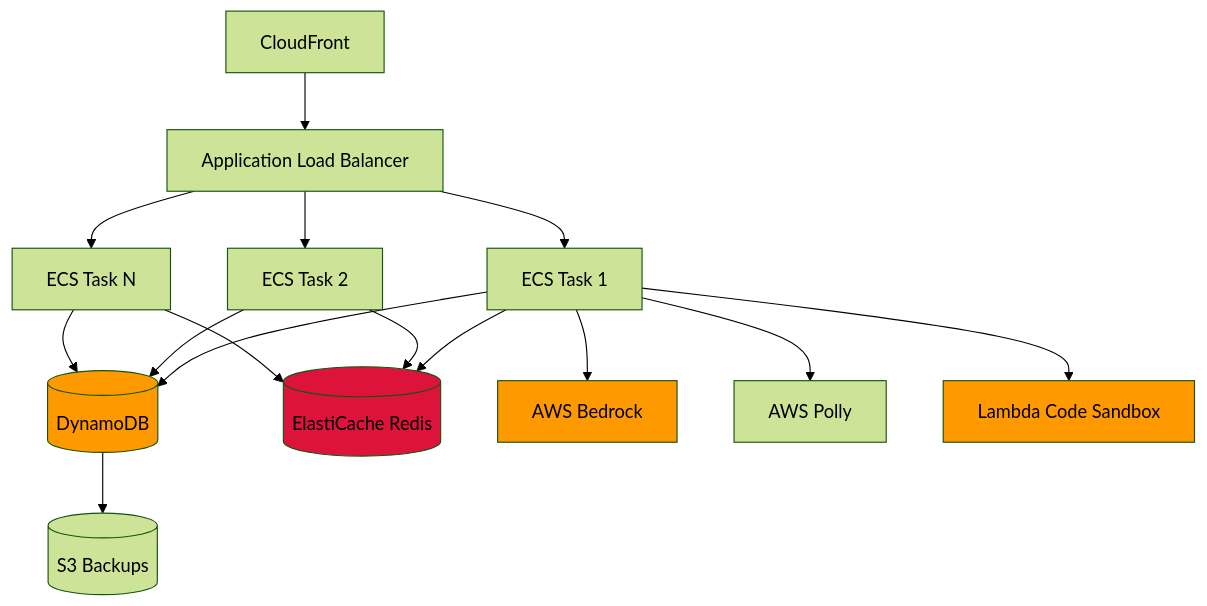
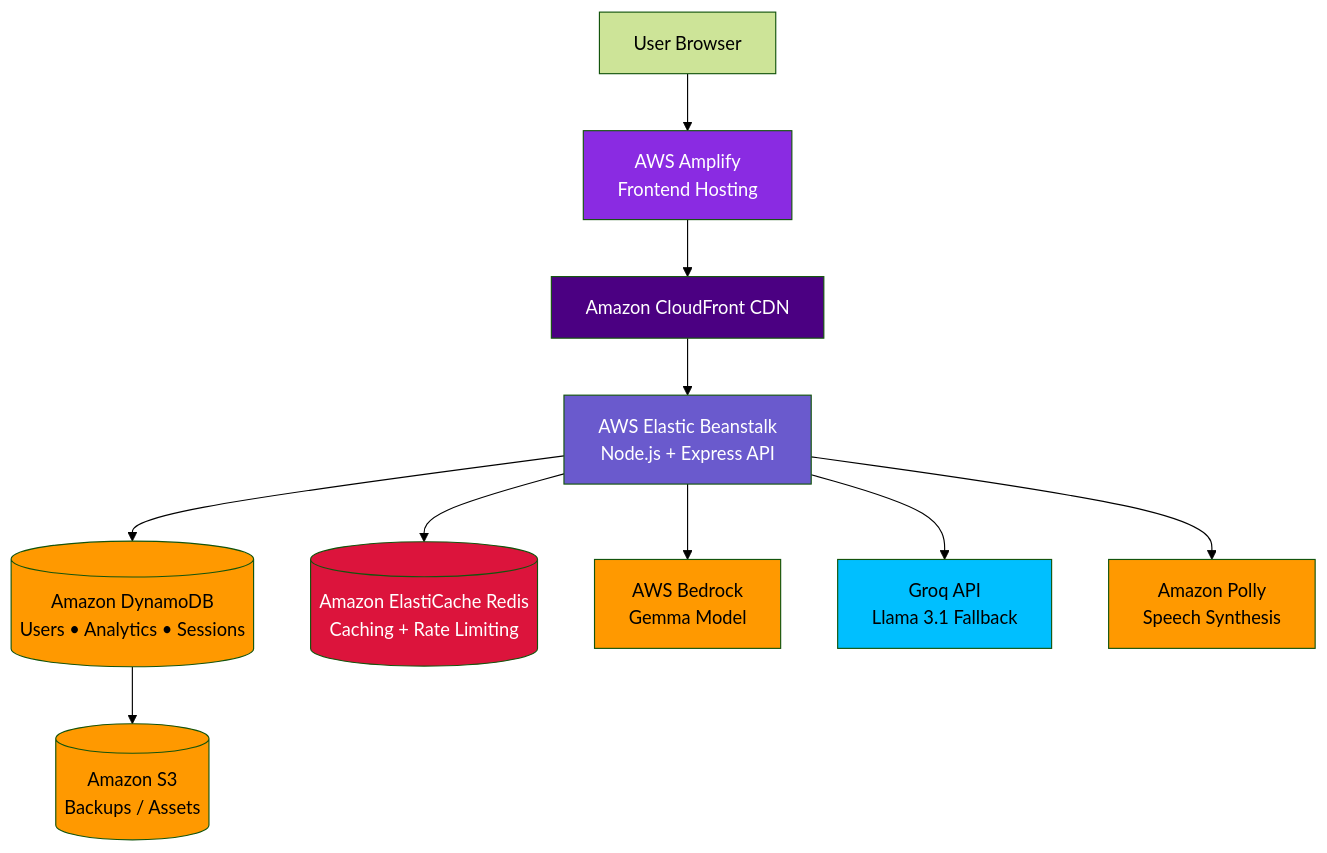
One commit to Anonyx-Byte/codecoach-studio changed the first of 2 diagrams in design.md. Above: the diagram before and after it, drawn with Mermaid (forest theme). The commit also changed other lines of this file, not shown here.

````diff
--- a/design.md
+++ b/design.md
@@ -26,38 +27,47 @@
 ```mermaid
 graph TB
-    CF[CloudFront]
-    ALB[Application Load Balancer]
-    ECS1[ECS Task 1]
-    ECS2[ECS Task 2]
-    ECS3[ECS Task N]
-    DDB[(DynamoDB)]
-    RD[(ElastiCache Redis)]
-    BR[AWS Bedrock]
-    PL[AWS Polly]
-    LM[Lambda Code Sandbox]
-    S3[(S3 Backups)]
-    
-    CF --> ALB
-    ALB --> ECS1
-    ALB --> ECS2
-    ALB --> ECS3
-    
-    ECS1 --> DDB
-    ECS2 --> DDB
-    ECS3 --> DDB
-    
-    ECS1 --> RD
-    ECS2 --> RD
-    ECS3 --> RD
-    
-    ECS1 --> BR
-    ECS1 --> PL
-    ECS1 --> LM
-    
+
+    USER[User Browser]
+
+    AMP[AWS Amplify<br>Frontend Hosting]
+
+    CF[Amazon CloudFront CDN]
+
+    EB[AWS Elastic Beanstalk<br>Node.js + Express API]
+
+    DDB[(Amazon DynamoDB<br>Users • Analytics • Sessions)]
+
+    RD[(Amazon ElastiCache Redis<br>Caching + Rate Limiting)]
+
+    BR[AWS Bedrock<br>Gemma Model]
+
+    GQ[Groq API<br>Llama 3.1 Fallback]
+
+    PL[Amazon Polly<br>Speech Synthesis]
+
+    S3[(Amazon S3<br>Backups / Assets)]
+
+    USER --> AMP
+    AMP --> CF
+    CF --> EB
+
+    EB --> DDB
+    EB --> RD
+
+    EB --> BR
+    EB --> GQ
+
+    EB --> PL
+
     DDB --> S3
-    
+
+    style AMP fill:#8A2BE2,color:#fff
+    style EB fill:#6A5ACD,color:#fff
+    style CF fill:#4B0082,color:#fff
     style DDB fill:#FF9900
-    style RD fill:#DC143C
+    style RD fill:#DC143C,color:#fff
     style BR fill:#FF9900
-    style LM fill:#FF9900
+    style GQ fill:#00BFFF
+    style PL fill:#FF9900
+    style S3 fill:#FF9900
 ```
````
